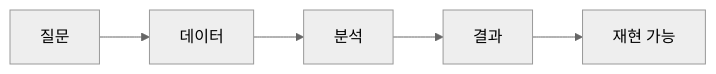
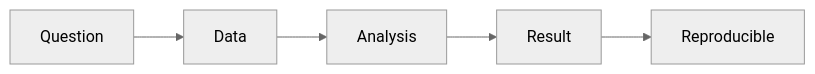
One commit to yeongseon-books/book-content changed the diagram in content/data-science-career-101/ko/04-data-portfolio.md. Above: the diagram before and after it, drawn with Mermaid (neutral theme). The commit also changed other lines of this file and 9 other files, not shown here.

````diff
--- a/content/data-science-career-101/ko/04-data-portfolio.md
+++ b/content/data-science-career-101/ko/04-data-portfolio.md
@@ -41,7 +51,7 @@
 ```mermaid
 flowchart LR
-    Q[질문] --> D[데이터]
-    D --> A[분석]
-    A --> R[결과]
-    R --> Repro[재현 가능]
+    Q[Question] --> D[Data]
+    D --> A[Analysis]
+    A --> R[Result]
+    R --> Repro[Reproducible]
 ```
````
